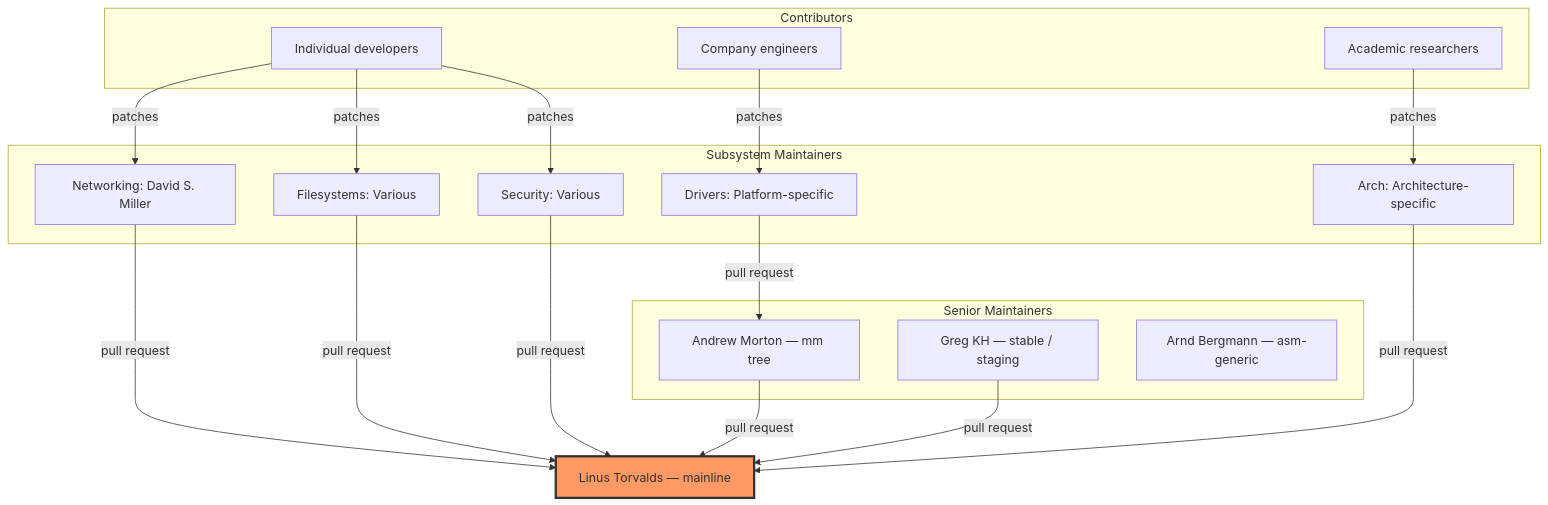
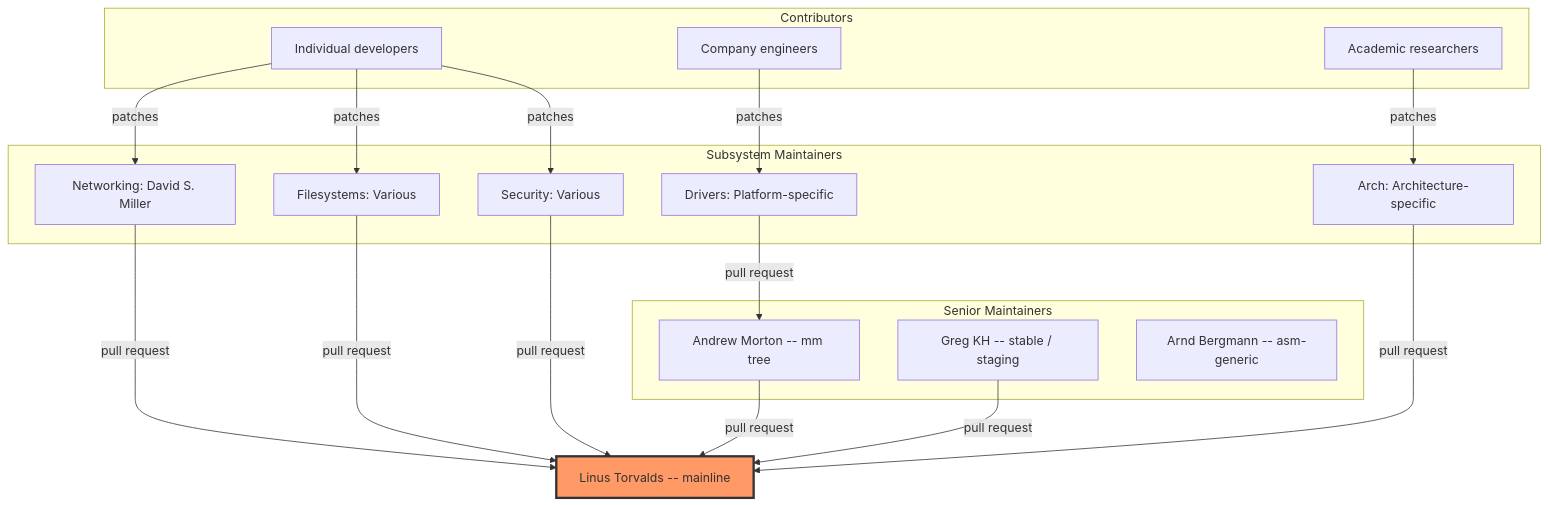
The first of 5 diagrams in src/history/development-model.md (Abhinav-Kumar012/lb2), drawn with Mermaid before and after one commit. The commit also changed 211 other files, not shown here.

First line of the commit message:
fix: mermaid syntax issues across 212 files

````diff
--- a/src/history/development-model.md
+++ b/src/history/development-model.md
@@ -15,41 +15,41 @@
 ```mermaid
 flowchart TD
     subgraph "Contributors"
         C1[Individual developers]
         C2[Company engineers]
         C3[Academic researchers]
     end
     
     subgraph "Subsystem Maintainers"
         M1["Networking: David S. Miller"]
         M2["Filesystems: Various"]
         M3["Drivers: Platform-specific"]
         M4["Arch: Architecture-specific"]
         M5["Security: Various"]
     end
     
     subgraph "Senior Maintainers"
-        S1[Andrew Morton — mm tree]
-        S2["Greg KH — stable / staging"]
-        S3[Arnd Bergmann — asm-generic]
+        S1[Andrew Morton -- mm tree]
+        S2["Greg KH -- stable / staging"]
+        S3[Arnd Bergmann -- asm-generic]
     end
     
-    L[Linus Torvalds — mainline]
+    L[Linus Torvalds -- mainline]
     
     C1 -->|patches| M1
     C1 -->|patches| M2
     C2 -->|patches| M3
     C3 -->|patches| M4
     C1 -->|patches| M5
     
     M1 -->|pull request| L
     M2 -->|pull request| L
     M3 -->|pull request| S1
     M4 -->|pull request| L
     M5 -->|pull request| L
     
     S1 -->|pull request| L
     S2 -->|pull request| L
     
     style L fill:#f96,stroke:#333,stroke-width:3px
 ```
````
